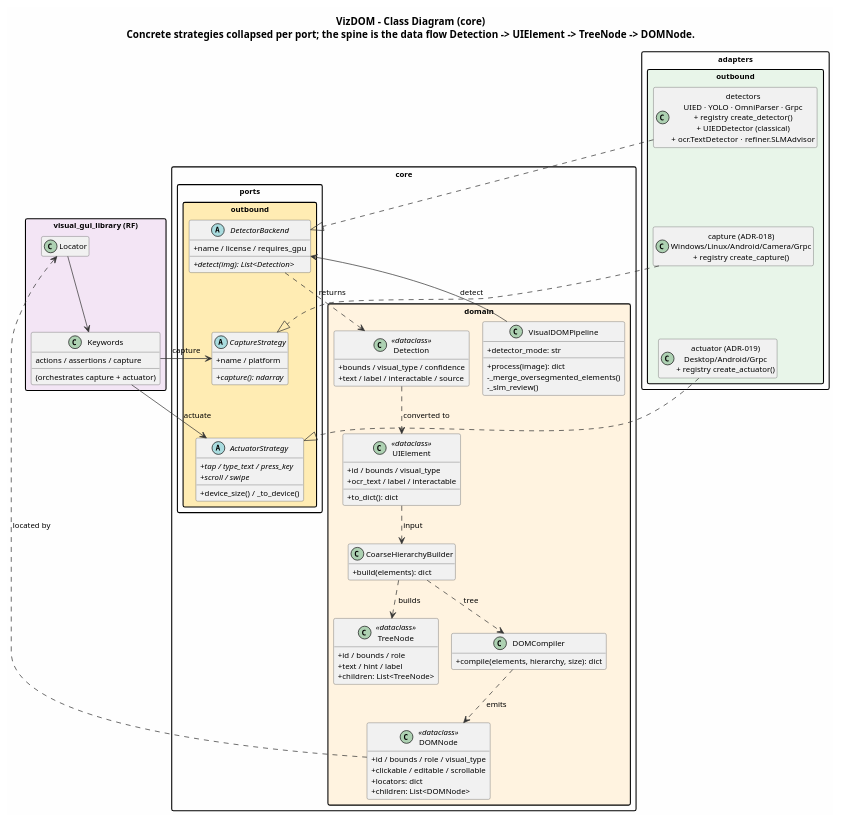
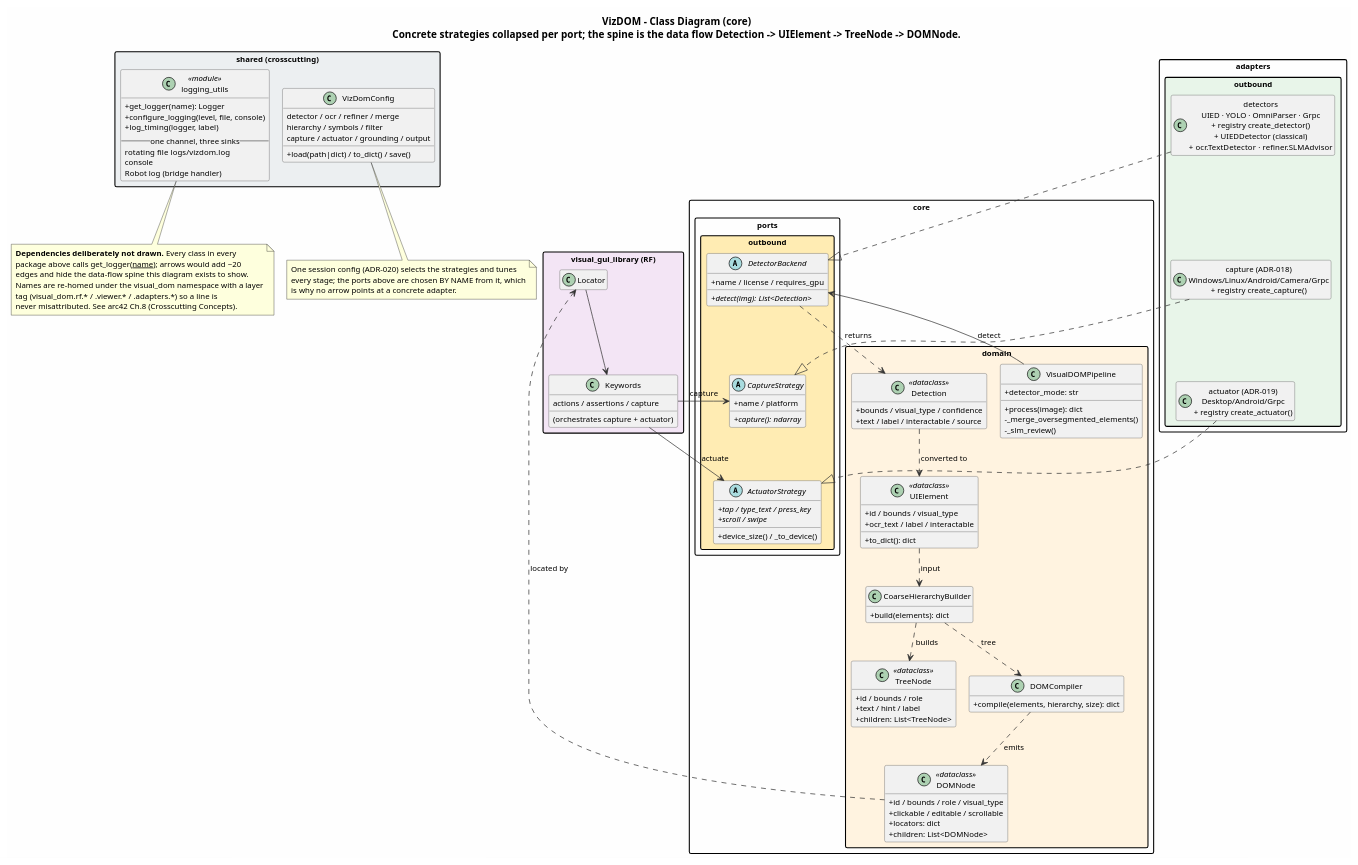
The diagram in docs/diagrams/class.puml (milanac030988/vizdom), drawn with PlantUML before and after one commit. The commit also changed 3 other files, not shown here.

First line of the commit message:
docs(diagrams): show the crosscutting shared block in the class diagram

```diff
--- a/docs/diagrams/class.puml
+++ b/docs/diagrams/class.puml
@@ -1,125 +1,161 @@
 @startuml Class_Diagram
 !pragma layout smetana
 top to bottom direction
 
 skinparam backgroundColor #FEFEFE
 skinparam defaultFontName Arial
 skinparam defaultFontSize 11
 skinparam classAttributeIconSize 0
 skinparam nodesep 14
 skinparam ranksep 34
 skinparam class {
     BorderColor #555555
     ArrowColor #333333
 }
 skinparam packageStyle rectangle
 hide empty members
 
 title VizDOM - Class Diagram (core)\nConcrete strategies collapsed per port; the spine is the data flow Detection -> UIElement -> TreeNode -> DOMNode.
 
 ' ============================================================
 ' PORTS (core.ports.outbound) — stacked vertically (hidden edges) to stay narrow
 ' ============================================================
 package "core.ports.outbound" #FFECB3 {
     abstract class DetectorBackend {
         +name / license / requires_gpu
         +{abstract} detect(img): List<Detection>
     }
     abstract class CaptureStrategy {
         +name / platform
         +{abstract} capture(): ndarray
     }
     abstract class ActuatorStrategy {
         +{abstract} tap / type_text / press_key
         +{abstract} scroll / swipe
         +device_size() / _to_device()
     }
     DetectorBackend -[hidden]down- CaptureStrategy
     CaptureStrategy -[hidden]down- ActuatorStrategy
 }
 
 ' ============================================================
 ' DRIVEN ADAPTERS (adapters.outbound) — one collapsed box per port, stacked
 ' ============================================================
 package "adapters.outbound" #E8F5E9 {
     class "detectors\nUIED · YOLO · OmniParser · Grpc\n+ registry create_detector()\n+ UIEDDetector (classical)\n+ ocr.TextDetector · refiner.SLMAdvisor" as DetImpls
     class "capture (ADR-018)\nWindows/Linux/Android/Camera/Grpc\n+ registry create_capture()" as CapImpls
     class "actuator (ADR-019)\nDesktop/Android/Grpc\n+ registry create_actuator()" as ActImpls
     DetImpls -[hidden]down- CapImpls
     CapImpls -[hidden]down- ActImpls
 }
 
 ' ============================================================
 ' DOMAIN (core.domain) — orchestration + the data-model spine
 ' ============================================================
 package "core.domain" #FFF3E0 {
     class VisualDOMPipeline {
         +detector_mode: str
         +process(image): dict
         -_merge_oversegmented_elements()
         -_slm_review()
     }
     class Detection <<dataclass>> {
         +bounds / visual_type / confidence
         +text / label / interactable / source
     }
     class UIElement <<dataclass>> {
         +id / bounds / visual_type
         +ocr_text / label / interactable
         +to_dict(): dict
     }
     class CoarseHierarchyBuilder {
         +build(elements): dict
     }
     class TreeNode <<dataclass>> {
         +id / bounds / role
         +text / hint / label
         +children: List<TreeNode>
     }
     class DOMCompiler {
         +compile(elements, hierarchy, size): dict
     }
     class DOMNode <<dataclass>> {
         +id / bounds / role / visual_type
         +clickable / editable / scrollable
         +locators: dict
         +children: List<DOMNode>
     }
 }
 
 ' ============================================================
 ' CONSUMER (thin client)
 ' ============================================================
 package "visual_gui_library (RF)" #F3E5F5 {
     class Keywords {
         actions / assertions / capture
         (orchestrates capture + actuator)
     }
     class Locator
 }
 
 ' ============================================================
 ' Relationships — adapters implement ports (inward); domain spine flows down
 ' ============================================================
 DetImpls ..|> DetectorBackend
 CapImpls ..|> CaptureStrategy
 ActImpls ..|> ActuatorStrategy
 
 ' pipeline depends on the ports (not the concretes)
 VisualDOMPipeline --> DetectorBackend : detect
 DetectorBackend ..> Detection : returns
 
 ' the data-model spine (top -> bottom)
 Detection ..> UIElement : converted to
 UIElement ..> CoarseHierarchyBuilder : input
 CoarseHierarchyBuilder ..> TreeNode : builds
 CoarseHierarchyBuilder ..> DOMCompiler : tree
 DOMCompiler ..> DOMNode : emits
 
 ' consumer
 DOMNode ..> Locator : located by
 Locator --> Keywords
 Keywords --> CaptureStrategy : capture
 Keywords --> ActuatorStrategy : actuate
 
+
+' ============================================================
+' CROSSCUTTING / SHARED  (used by every package above)
+' ============================================================
+package "shared (crosscutting)" #ECEFF1 {
+    class "logging_utils" as Logging <<module>> {
+        +get_logger(name): Logger
+        +configure_logging(level, file, console)
+        +log_timing(logger, label)
+        --one channel, three sinks--
+        rotating file  logs/vizdom.log
+        console
+        Robot log (bridge handler)
+    }
+    class VizDomConfig {
+        detector / ocr / refiner / merge
+        hierarchy / symbols / filter
+        capture / actuator / grounding / output
+        +load(path|dict) / to_dict() / save()
+    }
+}
+
+note bottom of Logging
+  **Dependencies deliberately not drawn.** Every class in every
+  package above calls get_logger(__name__); arrows would add ~20
+  edges and hide the data-flow spine this diagram exists to show.
+  Names are re-homed under the visual_dom namespace with a layer
+  tag (visual_dom.rf.* / .viewer.* / .adapters.*) so a line is
+  never misattributed. See arc42 Ch.8 (Crosscutting Concepts).
+end note
+
+note bottom of VizDomConfig
+  One session config (ADR-020) selects the strategies and tunes
+  every stage; the ports above are chosen BY NAME from it, which
+  is why no arrow points at a concrete adapter.
+end note
 @enduml
```
